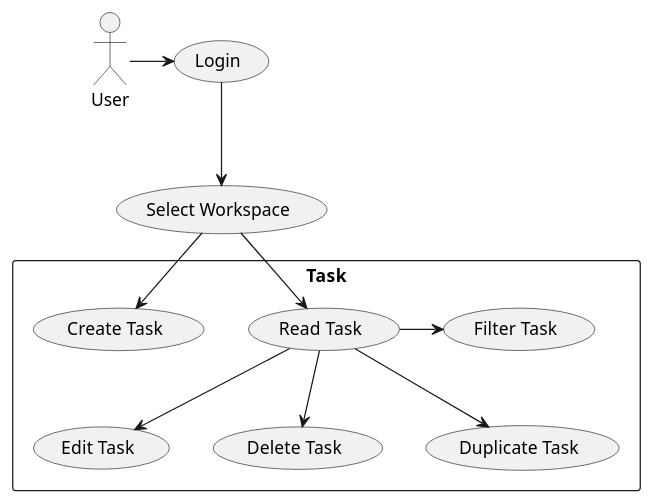
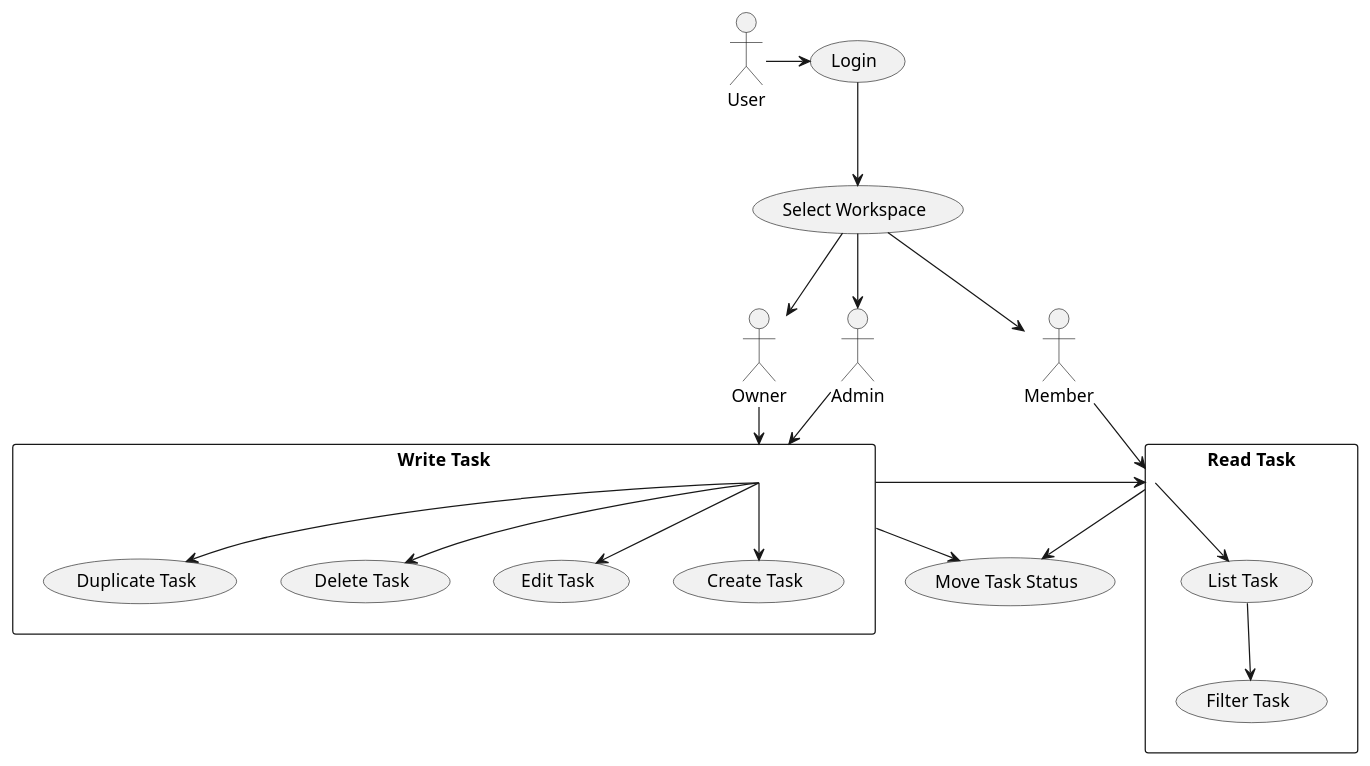
One commit to davidimannuel/uwika_task_tracker changed the diagram in docs/usecase_diagram/task.puml. Above: the diagram before and after it, drawn with PlantUML. The commit also changed 12 other files, not shown here.

```diff
--- a/docs/usecase_diagram/task.puml
+++ b/docs/usecase_diagram/task.puml
@@ -1,15 +1,37 @@
 @startuml task
 
 actor User
+actor Owner
+actor Admin
+actor Member
 
 User -right-> (Login)
 (Login) -down-> (Select Workspace)
-rectangle "Task" {
-  (Select Workspace) --> (Create Task)
-  (Select Workspace) --> (Read Task)
-  (Read Task) -> (Filter Task)
-  (Read Task) --> (Edit Task)
-  (Read Task) --> (Delete Task)
-  (Read Task) --> (Duplicate Task)
+
+(Select Workspace) -down-> (Owner)
+(Select Workspace) -down-> (Admin)
+(Select Workspace) -down-> (Member)
+
+rectangle "Write Task" {
+  (Owner) --> (Write Task)
+  (Admin) --> (Write Task)
+  (Write Task) -down-> (Create Task)
+  (Write Task) -down-> (Edit Task)
+  (Write Task) -down-> (Delete Task)
+  (Write Task) -down-> (Duplicate Task)
 }
+
+(Write Task) -right-> (Read Task)
+
+
+rectangle "Read Task" {
+  (Member) -down-> (Read Task)
+  (Read Task) -down-> (List Task)
+  (List Task) -down-> (Filter Task)
+}
+
+(Write Task) -down-> (Move Task Status)
+(Read Task) -down-> (Move Task Status)
+
+
 @enduml
```
